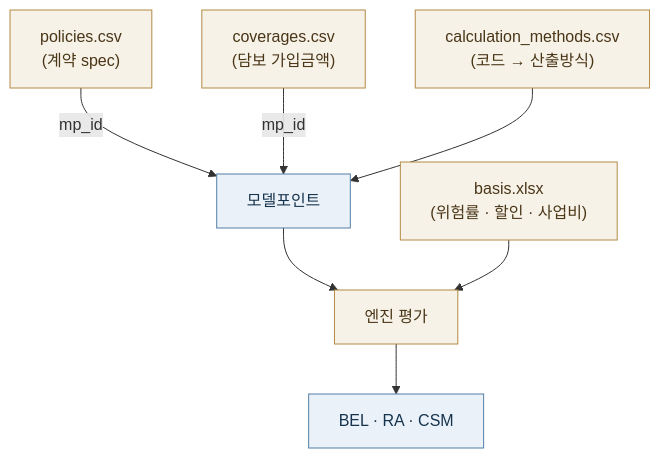
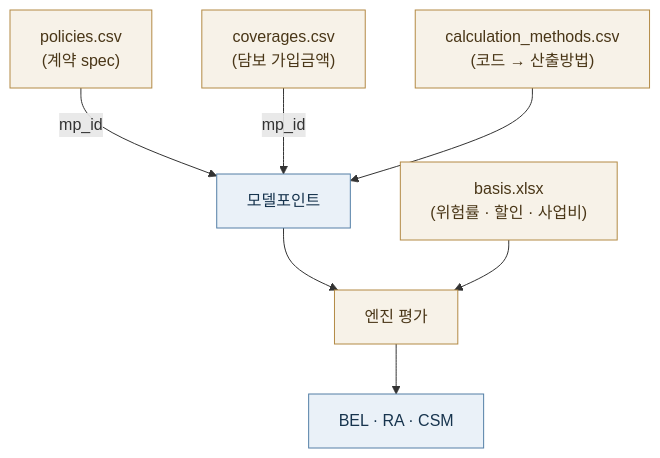
Before and after one commit to seokhoonj/fastcashflow: the diagram in docs/tutorial/11-in-practice.md, drawn with Mermaid. The commit also changed other lines of this file and 17 other files, not shown here.

Commit message:
docs: unify calculation-method term to 산출방법 (was 산출방식/산출로직)

````diff
--- a/docs/tutorial/11-in-practice.md
+++ b/docs/tutorial/11-in-practice.md
@@ -229,17 +229,17 @@
 ```{mermaid}
 flowchart TB
     POL["policies.csv<br/>(계약 spec)"]
     COV["coverages.csv<br/>(담보 가입금액)"]
-    CM["calculation_methods.csv<br/>(코드 → 산출방식)"]
+    CM["calculation_methods.csv<br/>(코드 → 산출방법)"]
     B["basis.xlsx<br/>(위험률 · 할인 · 사업비)"]
     POL -->|mp_id| MP["모델포인트"]
     COV -->|mp_id| MP
     CM --> MP
     MP --> ENG["엔진 평가"]
     B --> ENG
     ENG --> OUT["BEL · RA · CSM"]
     classDef stock fill:#eaf1f8,stroke:#547fa6,color:#17344e
     classDef step fill:#f7f2e8,stroke:#b38a45,color:#493617
     class POL,COV,CM,B,ENG step
     class MP,OUT stock
 ```
````
